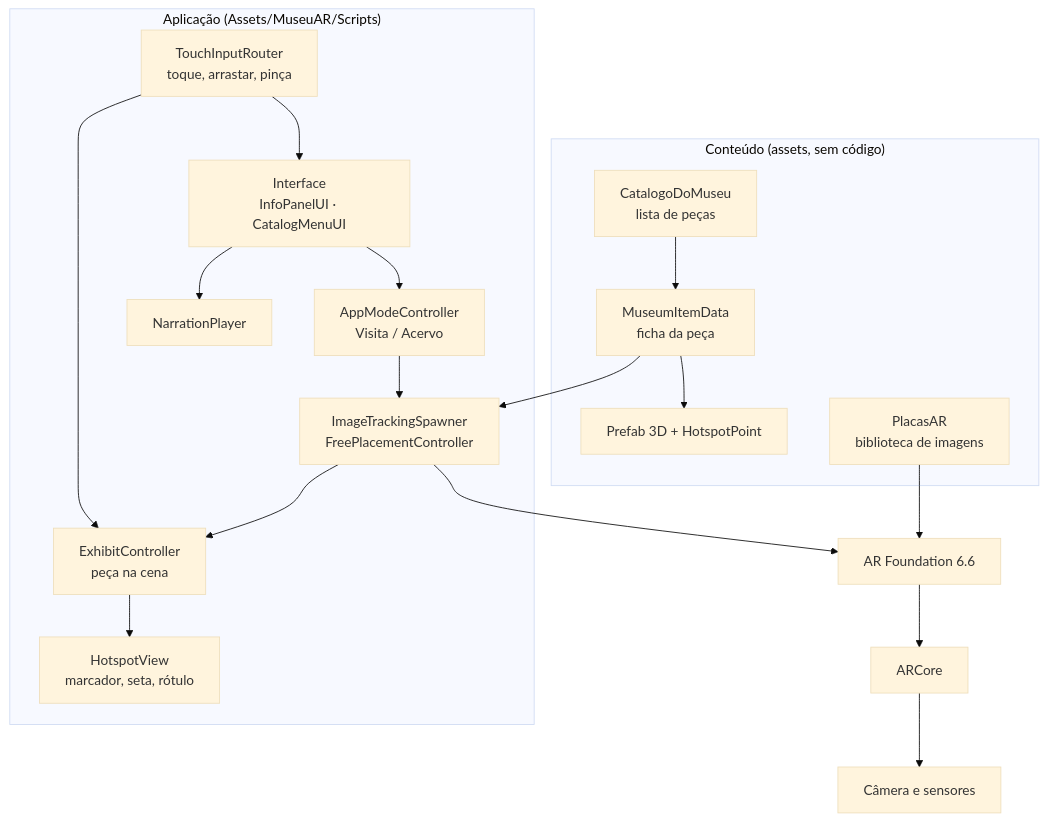
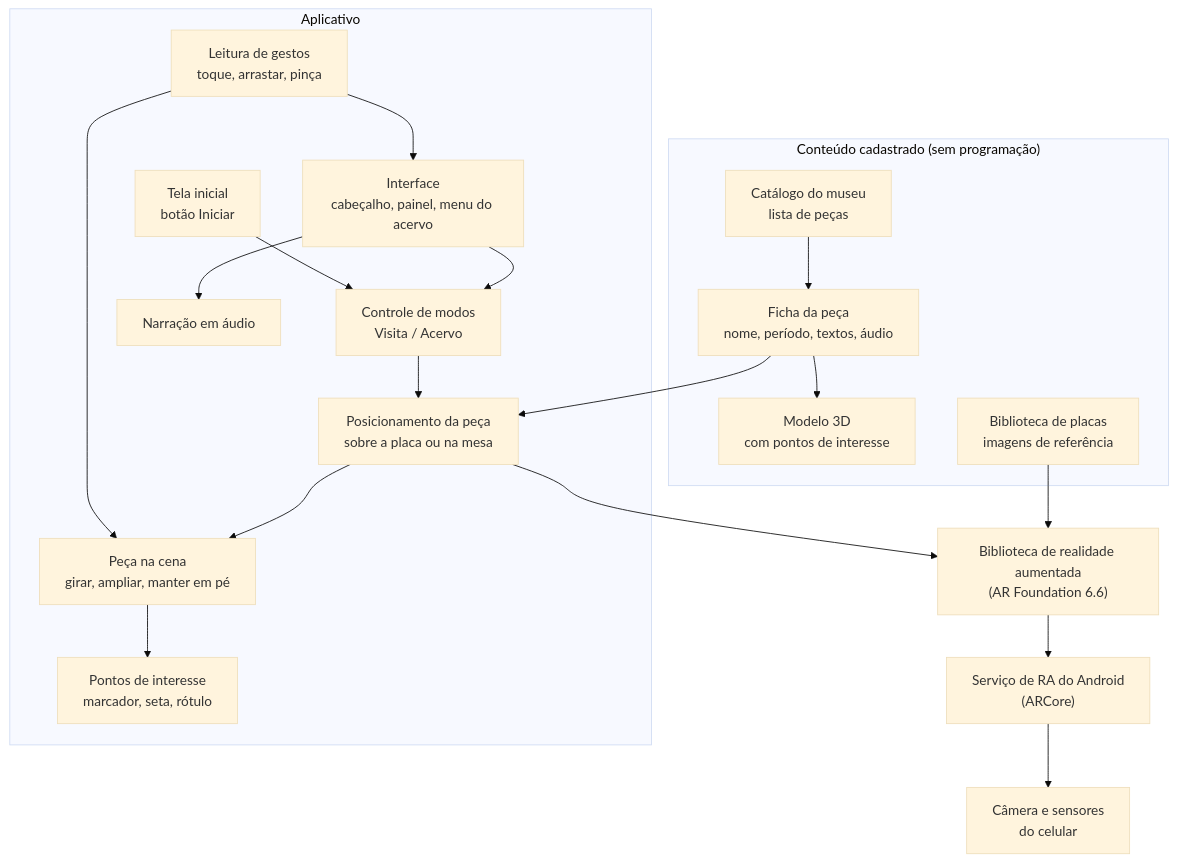
The first of 4 diagrams in README.md (Kayke-Denelle/UPX-ARMOBILE), drawn with Mermaid (base theme) before and after one commit. The commit also changed other lines of this file and 8 other files, not shown here.

````diff
--- a/README.md
+++ b/README.md
@@ -155,32 +155,34 @@
 ```mermaid
 flowchart TB
-    subgraph Conteudo["Conteúdo (assets, sem código)"]
-        CAT["CatalogoDoMuseu<br/>lista de peças"]
-        FICHA["MuseumItemData<br/>ficha da peça"]
-        PREFAB["Prefab 3D + HotspotPoint"]
-        PLACAS["PlacasAR<br/>biblioteca de imagens"]
+    subgraph Conteudo["Conteúdo cadastrado (sem programação)"]
+        CAT["Catálogo do museu<br/>lista de peças"]
+        FICHA["Ficha da peça<br/>nome, período, textos, áudio"]
+        MODELO["Modelo 3D<br/>com pontos de interesse"]
+        PLACAS["Biblioteca de placas<br/>imagens de referência"]
     end
 
-    subgraph App["Aplicação (Assets/MuseuAR/Scripts)"]
-        UI["Interface<br/>InfoPanelUI · CatalogMenuUI"]
-        MODOS["AppModeController<br/>Visita / Acervo"]
-        TOQUE["TouchInputRouter<br/>toque, arrastar, pinça"]
-        PECA["ExhibitController<br/>peça na cena"]
-        HS["HotspotView<br/>marcador, seta, rótulo"]
-        AUDIO["NarrationPlayer"]
-        RA["ImageTrackingSpawner<br/>FreePlacementController"]
+    subgraph App["Aplicativo"]
+        INICIO["Tela inicial<br/>botão Iniciar"]
+        UI["Interface<br/>cabeçalho, painel, menu do acervo"]
+        MODOS["Controle de modos<br/>Visita / Acervo"]
+        TOQUE["Leitura de gestos<br/>toque, arrastar, pinça"]
+        RA["Posicionamento da peça<br/>sobre a placa ou na mesa"]
+        PECA["Peça na cena<br/>girar, ampliar, manter em pé"]
+        HS["Pontos de interesse<br/>marcador, seta, rótulo"]
+        AUDIO["Narração em áudio"]
     end
 
-    ARF["AR Foundation 6.6"] --> ARC["ARCore"] --> HW["Câmera e sensores"]
+    ARF["Biblioteca de realidade aumentada<br/>(AR Foundation 6.6)"] --> ARC["Serviço de RA do Android<br/>(ARCore)"] --> HW["Câmera e sensores<br/>do celular"]
 
-    CAT --> FICHA --> PREFAB
+    CAT --> FICHA --> MODELO
+    INICIO --> MODOS
     UI --> MODOS
     MODOS --> RA
     TOQUE --> PECA
     TOQUE --> UI
     UI --> AUDIO
     RA --> PECA --> HS
     RA --> ARF
     PLACAS --> ARF
     FICHA --> RA
 ```
````
